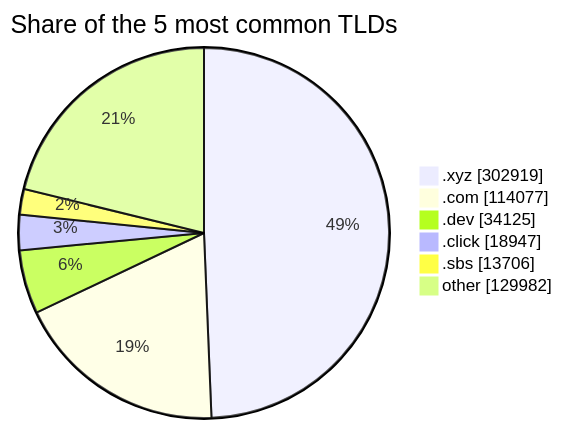
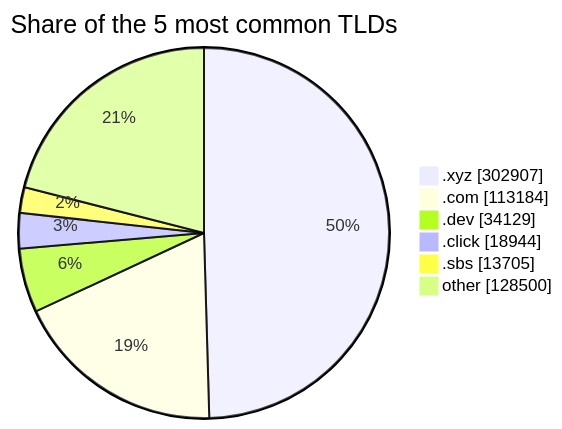
One commit to DNSBunker/CTI changed the third of 3 diagrams in README.md. Above: the diagram before and after it, drawn with Mermaid. The commit also changed other lines of this file and 3 other files, not shown here.

````diff
--- a/README.md
+++ b/README.md
@@ -81,9 +81,9 @@
 ```mermaid
 pie showData title Share of the 5 most common TLDs
-    ".xyz" : 302919
-    ".com" : 114077
-    ".dev" : 34125
-    ".click" : 18947
-    ".sbs" : 13706
-    "other" : 129982
+    ".xyz" : 302907
+    ".com" : 113184
+    ".dev" : 34129
+    ".click" : 18944
+    ".sbs" : 13705
+    "other" : 128500
 ```
````
